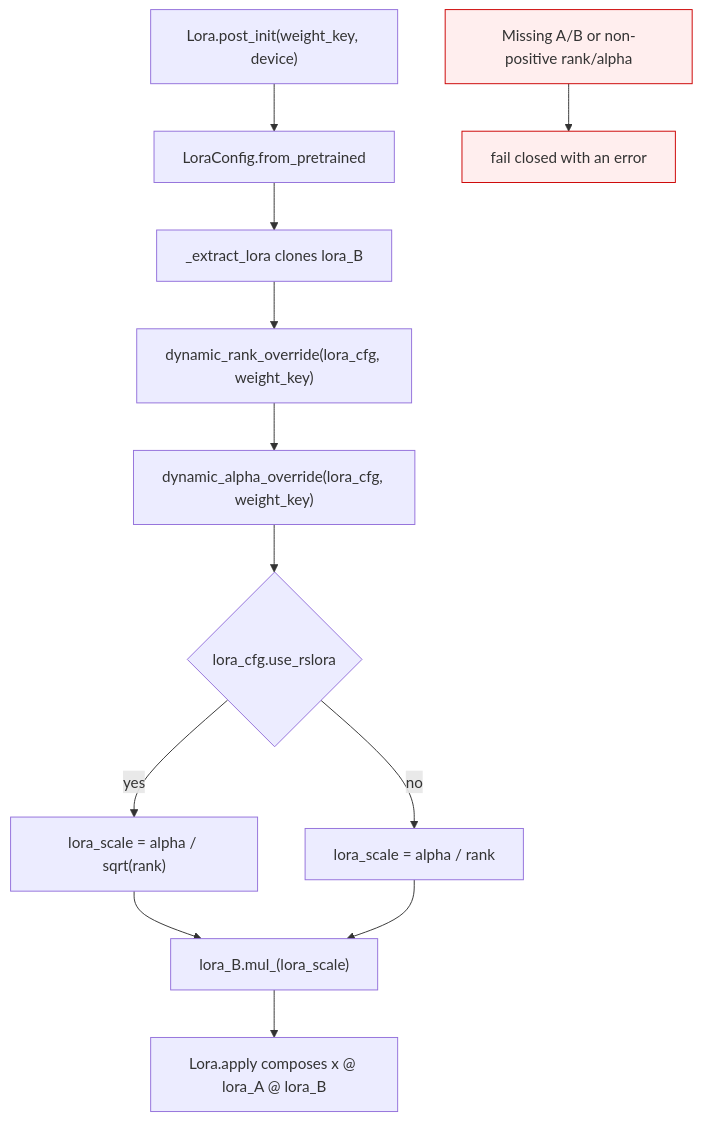
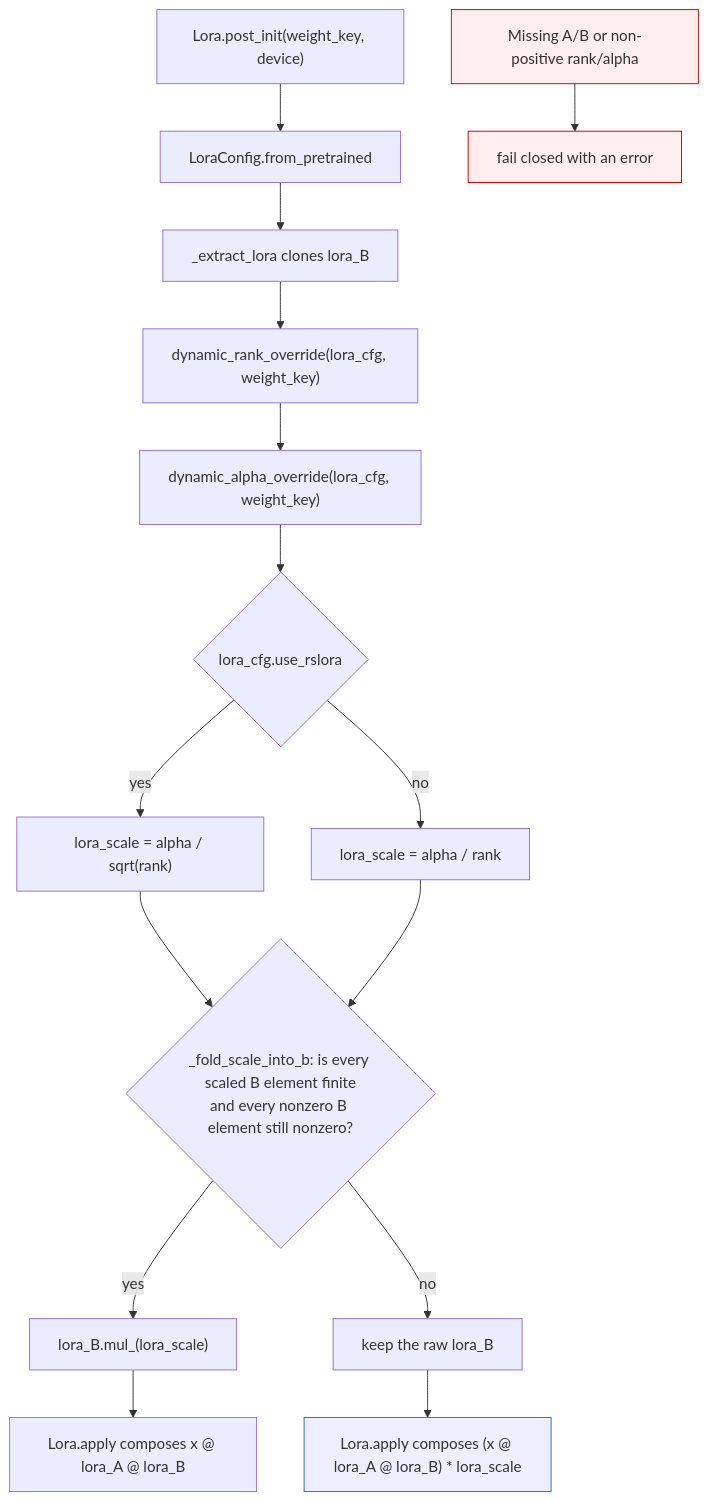
Before and after one commit to ModelCloud/GPTQModel: the first of 3 diagrams in docs/lora-eora-scaling.md, drawn with Mermaid. The commit also changed other lines of this file and 2 other files, not shown here.

First line of the commit message:
fix(adapter): fold a LoRA scale only when it survives the adapter dtype (#5426)

````diff
--- a/docs/lora-eora-scaling.md
+++ b/docs/lora-eora-scaling.md
@@ -20,16 +20,20 @@
 ```mermaid
 flowchart TD
     A["Lora.post_init(weight_key, device)"] --> B["LoraConfig.from_pretrained"]
     B --> C["_extract_lora clones lora_B"]
     C --> D["dynamic_rank_override(lora_cfg, weight_key)"]
     D --> E["dynamic_alpha_override(lora_cfg, weight_key)"]
     E --> F{"lora_cfg.use_rslora"}
     F -- yes --> G["lora_scale = alpha / sqrt(rank)"]
     F -- no --> H["lora_scale = alpha / rank"]
-    G --> I["lora_B.mul_(lora_scale)"]
+    G --> I{"_fold_scale_into_b: is every scaled B element finite<br/>and every nonzero B element still nonzero?"}
     H --> I
-    I --> J["Lora.apply composes x @ lora_A @ lora_B"]
-    K["Missing A/B or non-positive rank/alpha"] --> L["fail closed with an error"]
-    style K fill:#fee,stroke:#c00
-    style L fill:#fee,stroke:#c00
+    I -- yes --> J["lora_B.mul_(lora_scale)"]
+    I -- no --> K["keep the raw lora_B"]
+    J --> L["Lora.apply composes x @ lora_A @ lora_B"]
+    K --> M["Lora.apply composes (x @ lora_A @ lora_B) * lora_scale"]
+    N["Missing A/B or non-positive rank/alpha"] --> O["fail closed with an error"]
+    style N fill:#fee,stroke:#c00
+    style O fill:#fee,stroke:#c00
+    style M fill:#eef,stroke:#36c
 ```
````
